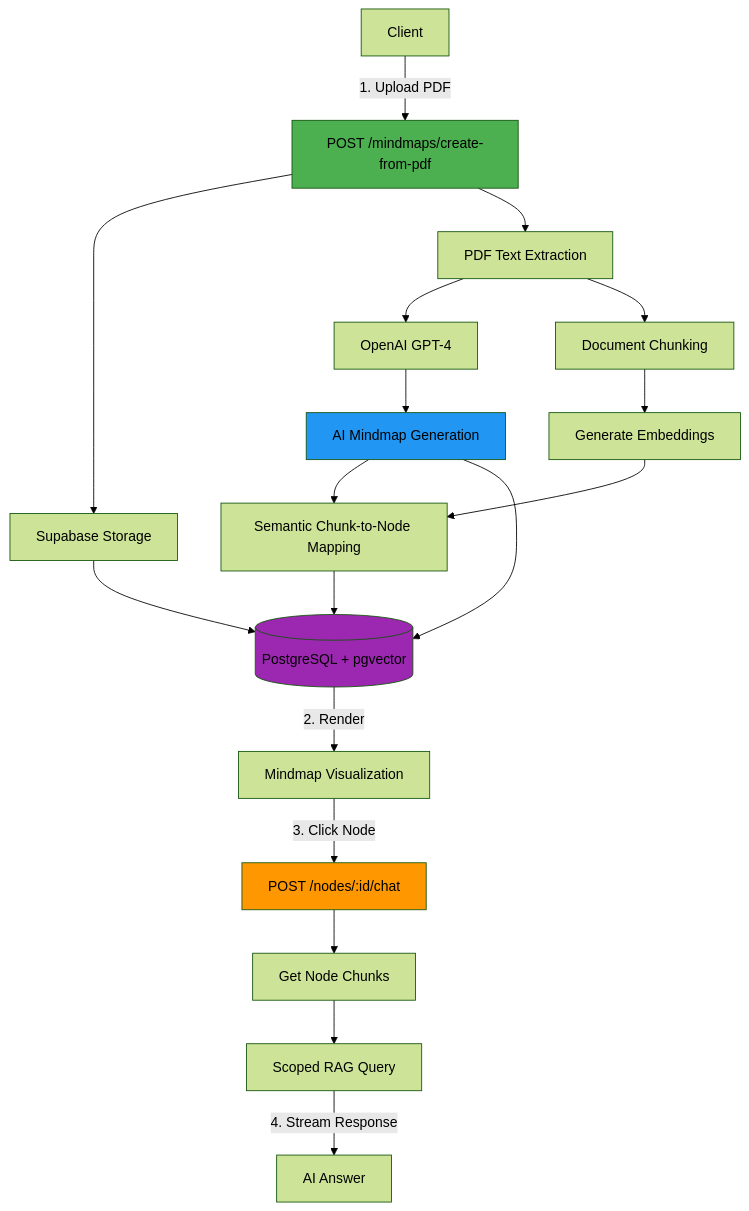
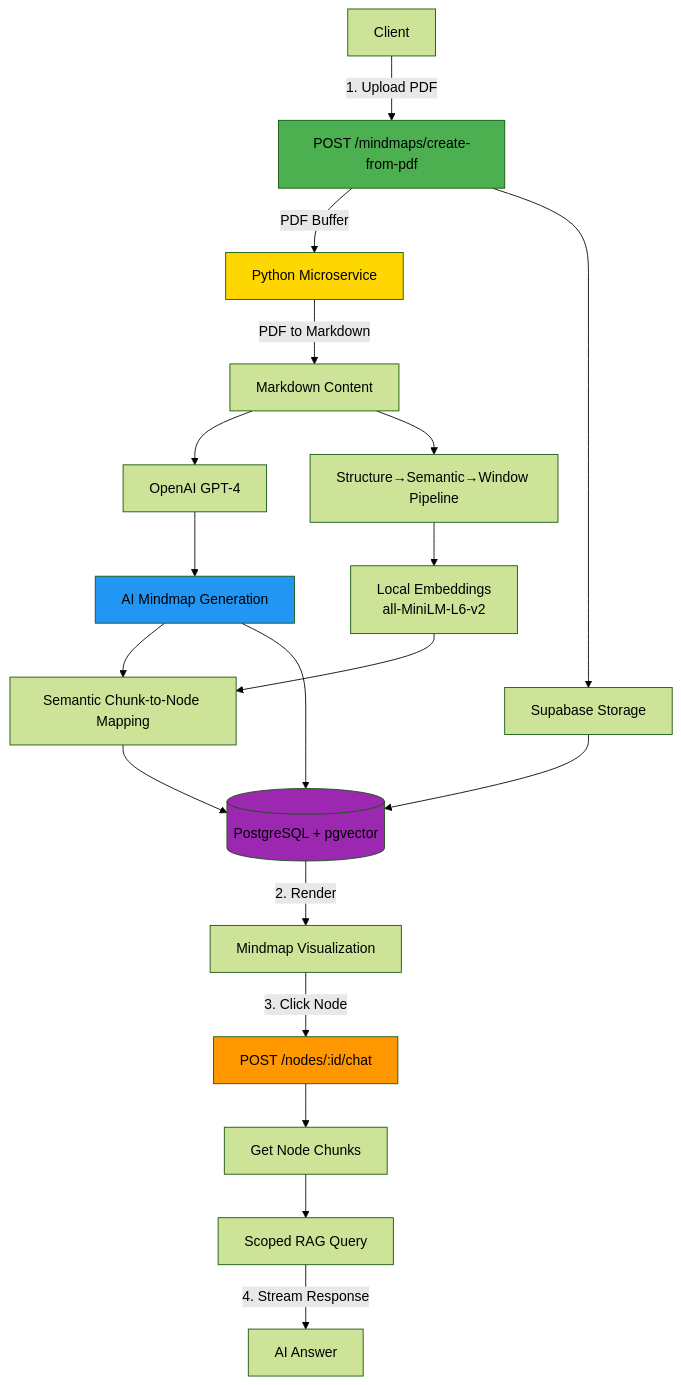
Before and after one commit to nmnguyen130/mindmap-backend: the diagram in README.md, drawn with Mermaid (forest theme). The commit also changed other lines of this file and 20 other files, not shown here.

````diff
--- a/README.md
+++ b/README.md
@@ -7,31 +7,33 @@
 ```mermaid
 flowchart TB
     User[Client] -->|1. Upload PDF| API[POST /mindmaps/create-from-pdf]
-
+    
+    API -->|PDF Buffer| Python[Python Microservice]
+    Python -->|PDF to Markdown| Parse[Markdown Content]
     API --> Store[Supabase Storage]
-    API --> Parse[PDF Text Extraction]
-
+    
     Parse --> LLM[OpenAI GPT-4]
     LLM --> Mindmap[AI Mindmap Generation]
-
-    Parse --> Chunk[Document Chunking]
-    Chunk --> Embed[Generate Embeddings]
-
+    
+    Parse --> Chunk[Structure→Semantic→Window Pipeline]
+    Chunk --> Embed[Local Embeddings<br/>all-MiniLM-L6-v2]
+    
     Mindmap --> Map[Semantic Chunk-to-Node Mapping]
     Embed --> Map
-
+    
     Map --> DB[(PostgreSQL + pgvector)]
     Store --> DB
     Mindmap --> DB
-
+    
     DB -->|2. Render| Frontend[Mindmap Visualization]
     Frontend -->|3. Click Node| NodeAPI[POST /nodes/:id/chat]
     NodeAPI --> Retrieve[Get Node Chunks]
     Retrieve --> RAG[Scoped RAG Query]
     RAG -->|4. Stream Response| Answer[AI Answer]
-
+    
+    style Python fill:#FFD700
     style API fill:#4CAF50
     style Mindmap fill:#2196F3
     style NodeAPI fill:#FF9800
     style DB fill:#9C27B0
 ```
````
